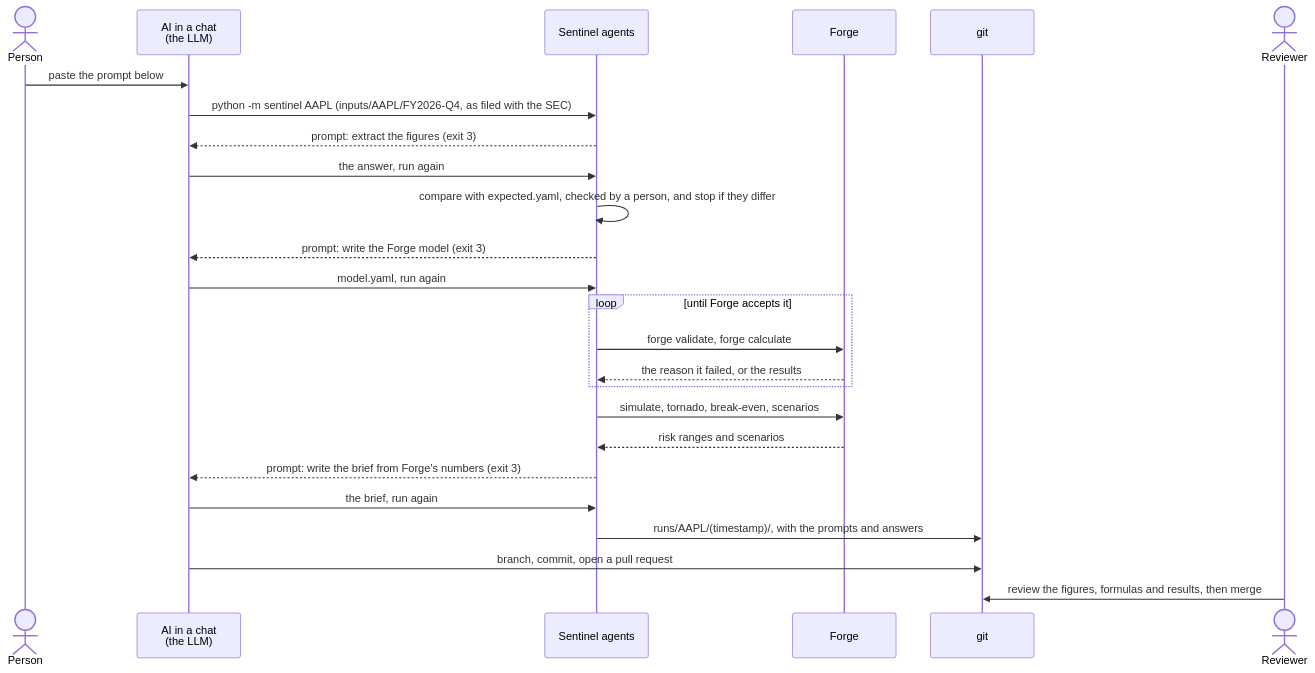
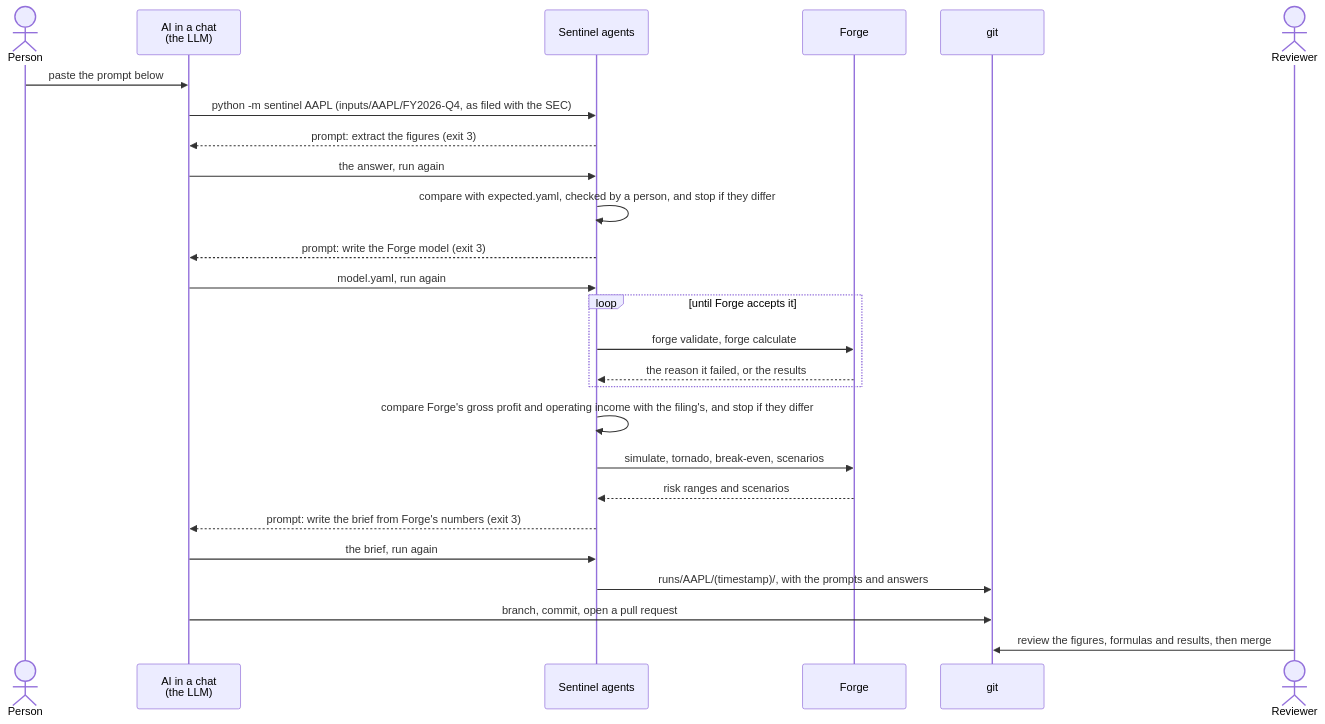
The diagram in README.md (mollendorff-ai/sentinel), drawn with Mermaid before and after one commit. The commit also changed other lines of this file and 46 other files, not shown here.

First line of the commit message:
0.9.0: check Forge's results against the filing; remove what the demo does not use (ADR-014)

````diff
--- a/README.md
+++ b/README.md
@@ -17,27 +17,28 @@
 ```mermaid
 sequenceDiagram
     actor P as Person
     participant C as AI in a chat<br/>(the LLM)
     participant S as Sentinel agents
     participant F as Forge
     participant G as git
     actor R as Reviewer
     P->>C: paste the prompt below
     C->>S: python -m sentinel AAPL (inputs/AAPL/FY2026-Q4, as filed with the SEC)
     S-->>C: prompt: extract the figures (exit 3)
     C->>S: the answer, run again
     S->>S: compare with expected.yaml, checked by a person, and stop if they differ
     S-->>C: prompt: write the Forge model (exit 3)
     C->>S: model.yaml, run again
     loop until Forge accepts it
         S->>F: forge validate, forge calculate
         F-->>S: the reason it failed, or the results
     end
+    S->>S: compare Forge's gross profit and operating income with the filing's, and stop if they differ
     S->>F: simulate, tornado, break-even, scenarios
     F-->>S: risk ranges and scenarios
     S-->>C: prompt: write the brief from Forge's numbers (exit 3)
     C->>S: the brief, run again
     S->>G: runs/AAPL/(timestamp)/, with the prompts and answers
     C->>G: branch, commit, open a pull request
     R->>G: review the figures, formulas and results, then merge
 ```
````
